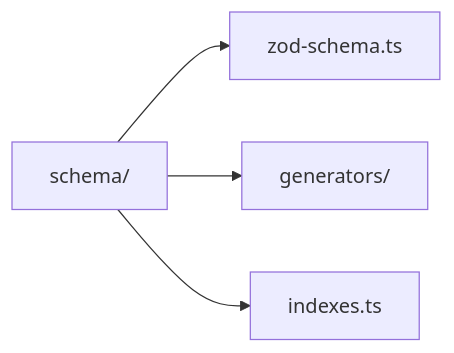
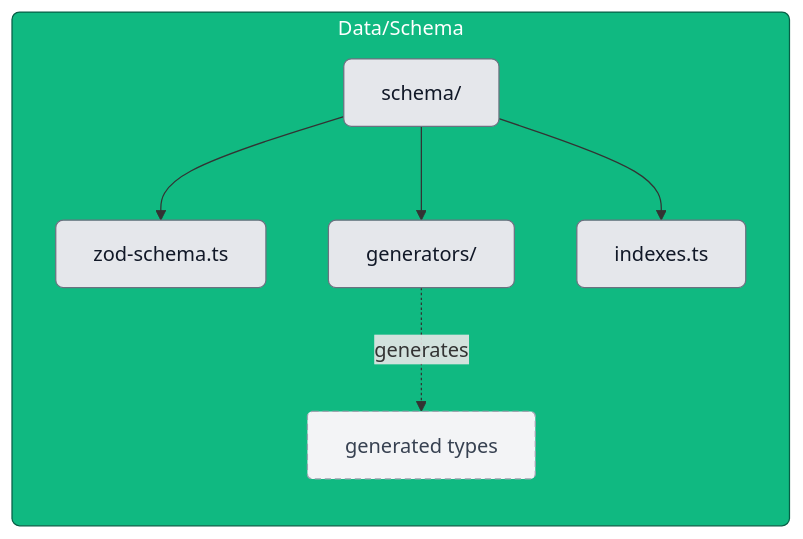
Before and after one commit to kpm34/college-football-fantasy-app: the diagram in docs/diagrams/directory-map/chapters/schema.md, drawn with Mermaid. The commit also changed 18 other files, not shown here.

Commit message:
feat(docs): update Directory Map diagrams to new guide; move diagrams to full-width container; enlarge diagram viewport and controls

````diff
--- a/docs/diagrams/directory-map/chapters/schema.md
+++ b/docs/diagrams/directory-map/chapters/schema.md
@@ -6,6 +6,14 @@
 ```mermaid
 graph LR
-  S[schema/] --> S1[zod-schema.ts]
-  S --> S2[generators/]
-  S --> S3[indexes.ts]
+  classDef folder fill:#e5e7eb,stroke:#6b7280,color:#111827,rx:6,ry:6
+  classDef data fill:#10b981,stroke:#065f46,color:#ffffff,rx:6,ry:6
+  classDef generated fill:#f3f4f6,stroke:#9ca3af,color:#374151,rx:4,ry:4,stroke-dasharray:5 3
+
+  subgraph DATA[Data/Schema]
+    S[schema/]:::folder --> S1[zod-schema.ts]:::folder
+    S --> S2[generators/]:::folder
+    S --> S3[indexes.ts]:::folder
+    S2 -. generates .-> GEN_TYPES[generated types]:::generated
+  end
+  class DATA data;
 ```
````
